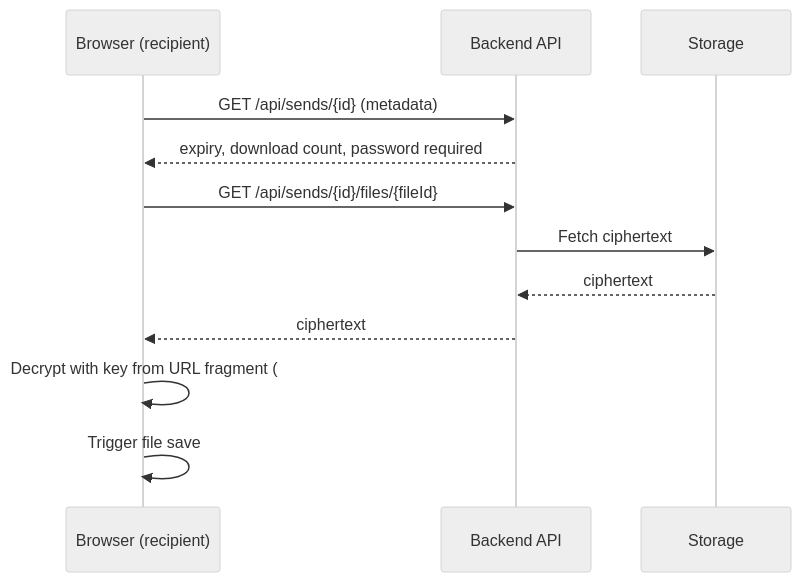
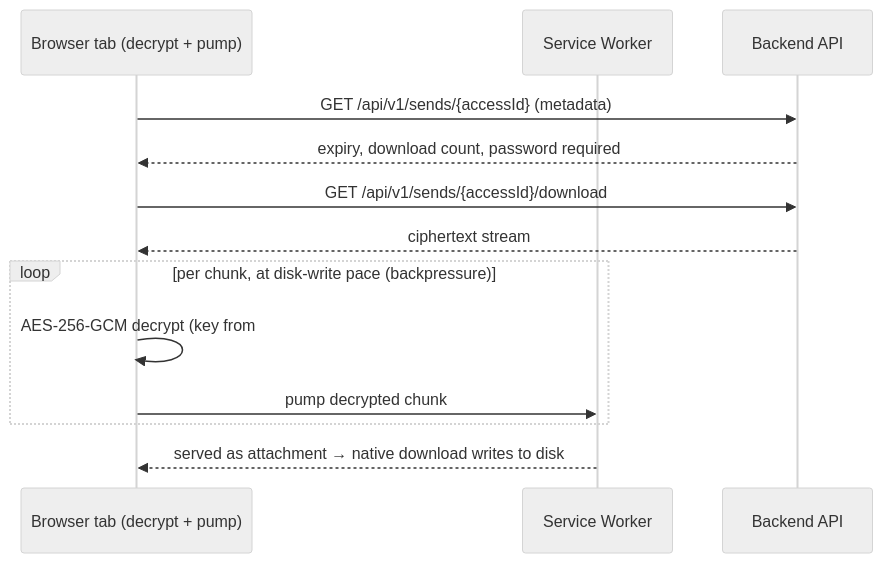
One commit to sE2EEnd/sE2EEnd changed the third of 4 diagrams in docs/site/docs/architecture.md. Above: the diagram before and after it, drawn with Mermaid (neutral theme). The commit also changed other lines of this file and 54 other files, not shown here.

````diff
--- a/docs/site/docs/architecture.md
+++ b/docs/site/docs/architecture.md
@@ -56,15 +63,16 @@
 ```mermaid
 sequenceDiagram
-    participant B as Browser (recipient)
+    participant B as Browser tab (decrypt + pump)
+    participant SW as Service Worker
     participant API as Backend API
-    participant S as Storage
 
-    B->>API: GET /api/sends/{id} (metadata)
+    B->>API: GET /api/v1/sends/{accessId} (metadata)
     API-->>B: expiry, download count, password required
-    B->>API: GET /api/sends/{id}/files/{fileId}
-    API->>S: Fetch ciphertext
-    S-->>API: ciphertext
-    API-->>B: ciphertext
-    B->>B: Decrypt with key from URL fragment (#key)
-    B->>B: Trigger file save
+    B->>API: GET /api/v1/sends/{accessId}/download
+    API-->>B: ciphertext stream
+    loop per chunk, at disk-write pace (backpressure)
+        B->>B: AES-256-GCM decrypt (key from #fragment)
+        B->>SW: pump decrypted chunk
+    end
+    SW-->>B: served as attachment → native download writes to disk
 ```
````
